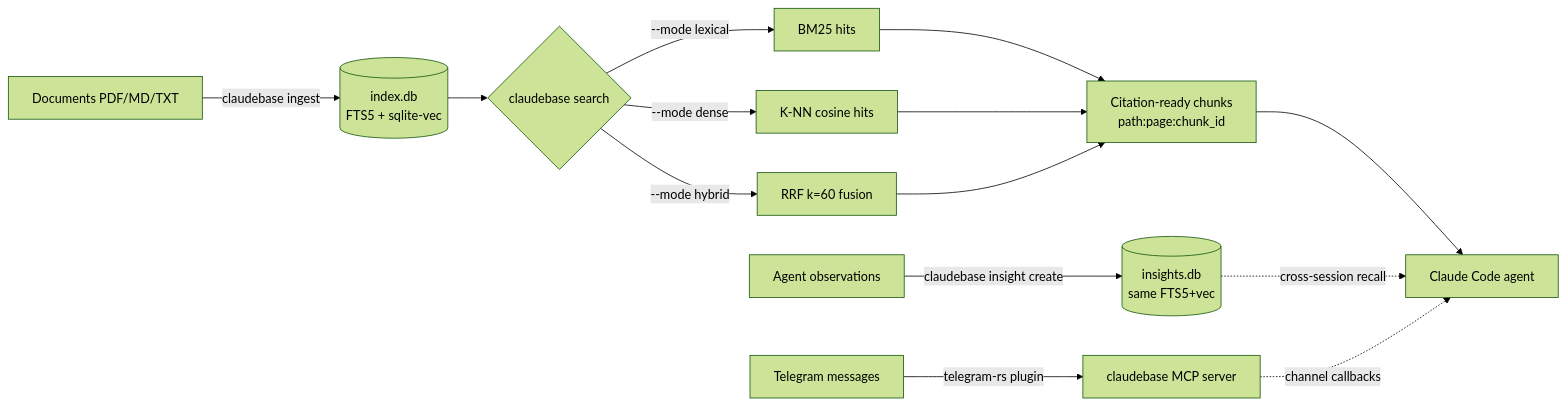
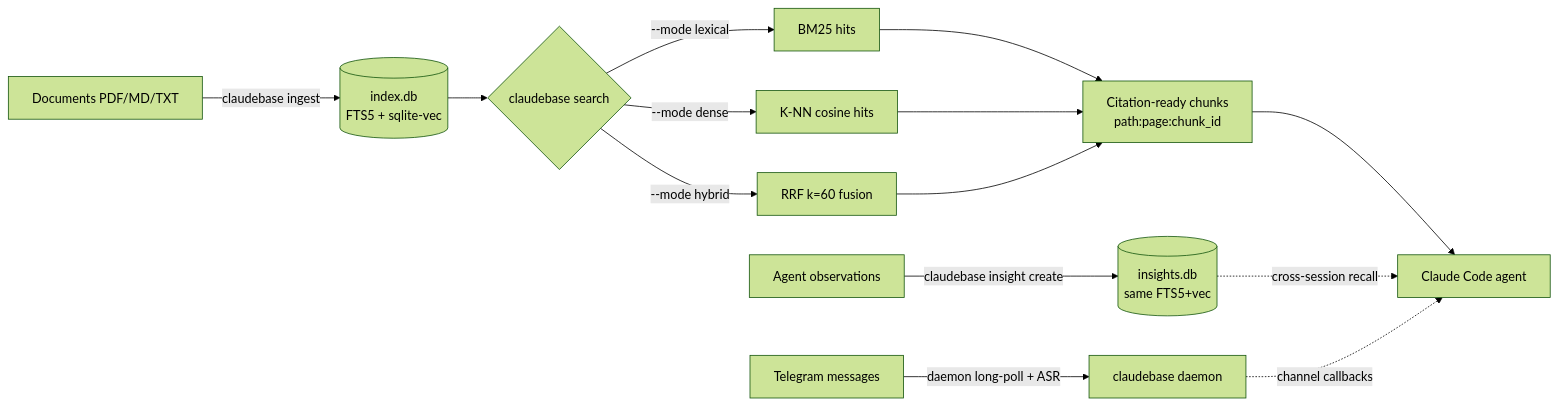
Before and after one commit to codefather-labs/claudebase: the diagram in README.md, drawn with Mermaid (forest theme). The commit also changed other lines of this file and 40 other files, not shown here.

````diff
--- a/README.md
+++ b/README.md
@@ -113,16 +112,16 @@
 ```mermaid
 graph LR
     A[Documents PDF/MD/TXT] -->|claudebase ingest| B[(index.db<br/>FTS5 + sqlite-vec)]
     B --> C{claudebase search}
     C -->|--mode lexical| D[BM25 hits]
     C -->|--mode dense| E[K-NN cosine hits]
     C -->|--mode hybrid| F[RRF k=60 fusion]
     D --> G[Citation-ready chunks<br/>path:page:chunk_id]
     E --> G
     F --> G
     G --> H[Claude Code agent]
     I[Agent observations] -->|claudebase insight create| J[(insights.db<br/>same FTS5+vec)]
     J -.cross-session recall.-> H
-    K[Telegram messages] -->|telegram-rs plugin| L[claudebase MCP server]
+    K[Telegram messages] -->|daemon long-poll + ASR| L[claudebase daemon]
     L -.channel callbacks.-> H
 ```
````
